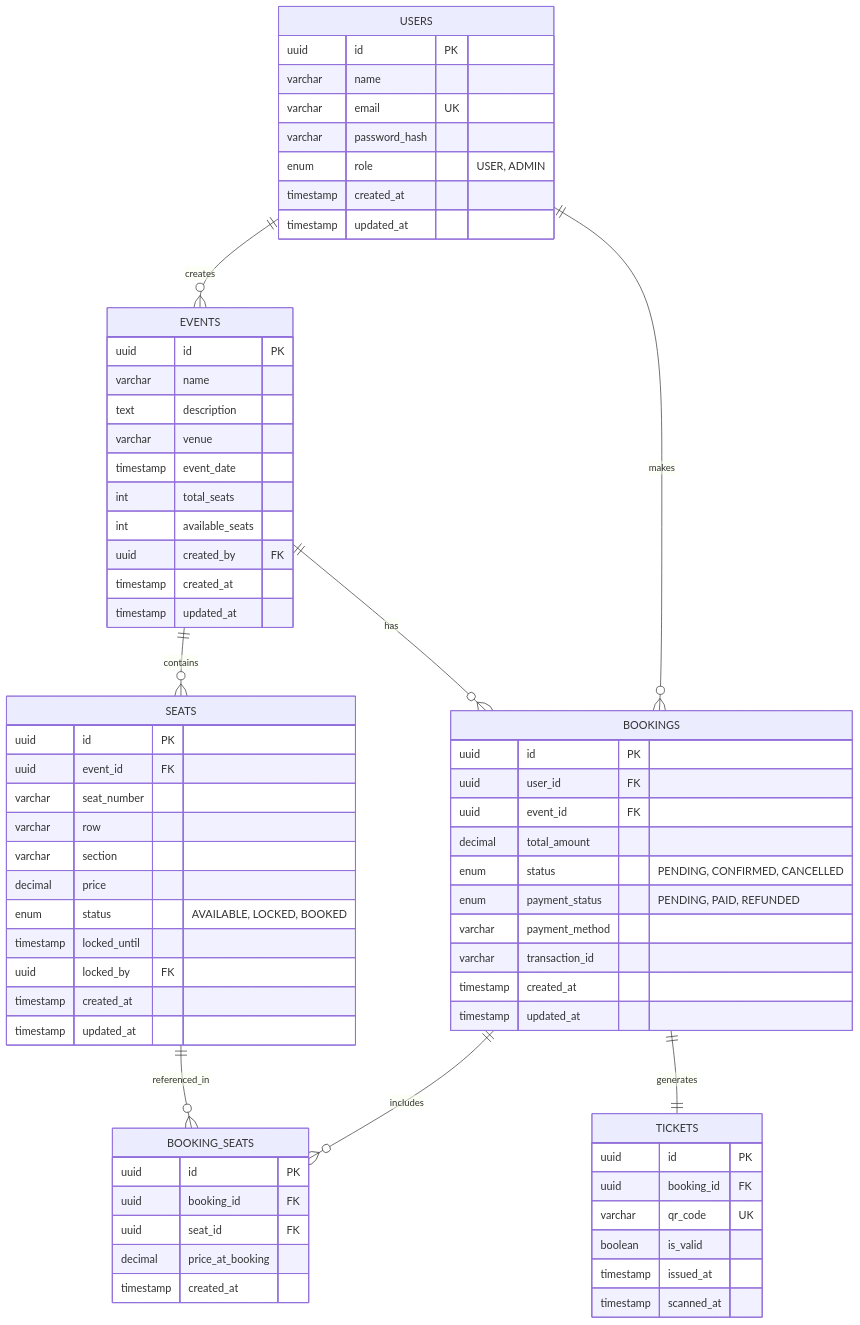
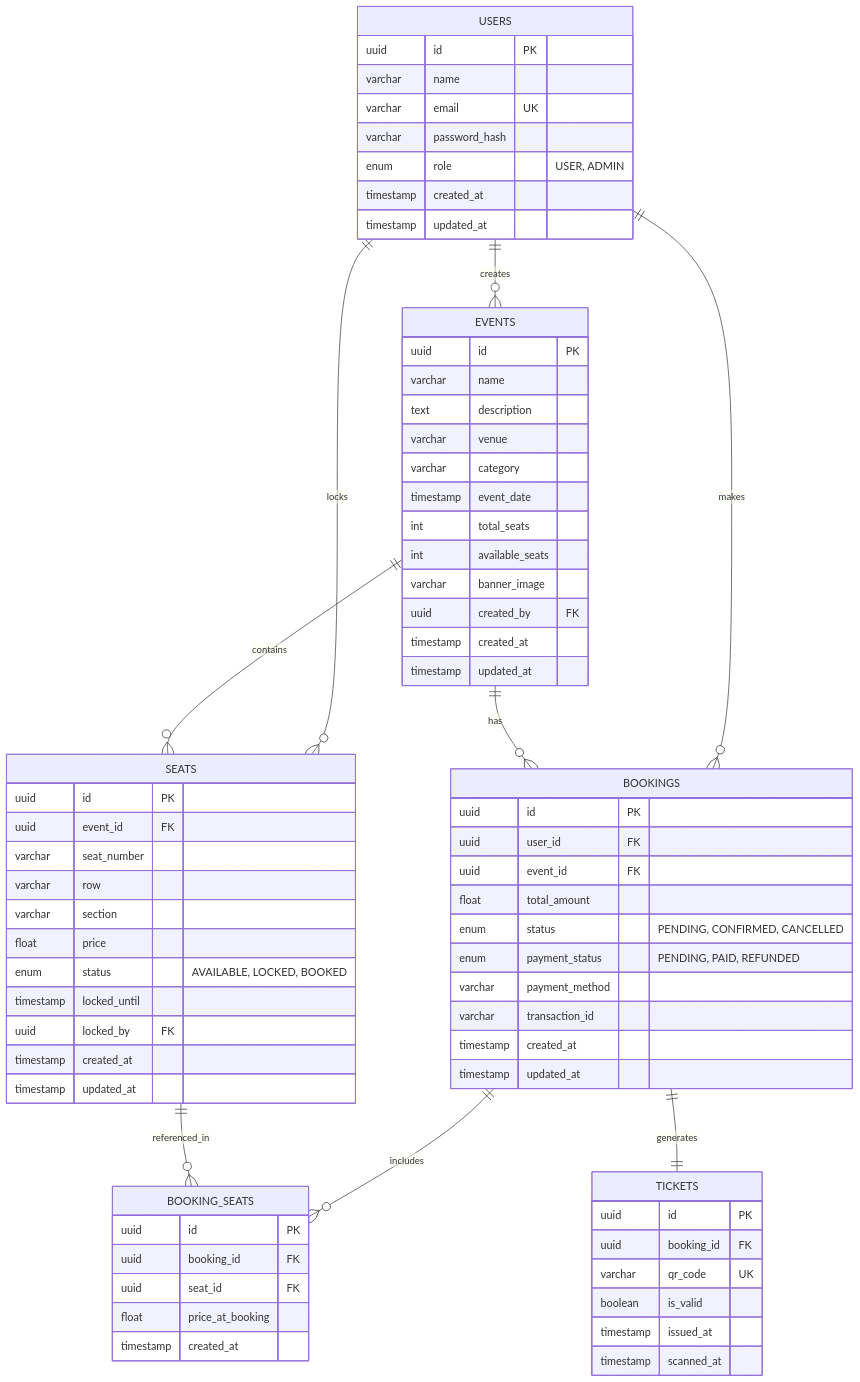
One commit to dncoder14/Event-Booking changed the diagram in ErDiagram.md. Above: the diagram before and after it, drawn with Mermaid. The commit also changed 1 other file, not shown here.

Commit message:
Update technical diagrams with implementation details

````diff
--- a/ErDiagram.md
+++ b/ErDiagram.md
@@ -4,77 +4,80 @@
 ```mermaid
 erDiagram
     USERS ||--o{ BOOKINGS : makes
     USERS ||--o{ EVENTS : creates
+    USERS ||--o{ SEATS : locks
     EVENTS ||--o{ SEATS : contains
     EVENTS ||--o{ BOOKINGS : has
     BOOKINGS ||--o{ BOOKING_SEATS : includes
     SEATS ||--o{ BOOKING_SEATS : referenced_in
     BOOKINGS ||--|| TICKETS : generates
     
     USERS {
         uuid id PK
         varchar name
         varchar email UK
         varchar password_hash
         enum role "USER, ADMIN"
         timestamp created_at
         timestamp updated_at
     }
     
     EVENTS {
         uuid id PK
         varchar name
         text description
         varchar venue
+        varchar category
         timestamp event_date
         int total_seats
         int available_seats
+        varchar banner_image
         uuid created_by FK
         timestamp created_at
         timestamp updated_at
     }
     
     SEATS {
         uuid id PK
         uuid event_id FK
         varchar seat_number
         varchar row
         varchar section
-        decimal price
+        float price
         enum status "AVAILABLE, LOCKED, BOOKED"
         timestamp locked_until
         uuid locked_by FK
         timestamp created_at
         timestamp updated_at
     }
     
     BOOKINGS {
         uuid id PK
         uuid user_id FK
         uuid event_id FK
-        decimal total_amount
+        float total_amount
         enum status "PENDING, CONFIRMED, CANCELLED"
         enum payment_status "PENDING, PAID, REFUNDED"
         varchar payment_method
         varchar transaction_id
         timestamp created_at
         timestamp updated_at
     }
     
     BOOKING_SEATS {
         uuid id PK
         uuid booking_id FK
         uuid seat_id FK
-        decimal price_at_booking
+        float price_at_booking
         timestamp created_at
     }
     
     TICKETS {
         uuid id PK
         uuid booking_id FK
         varchar qr_code UK
         boolean is_valid
         timestamp issued_at
         timestamp scanned_at
     }
 ```
````
